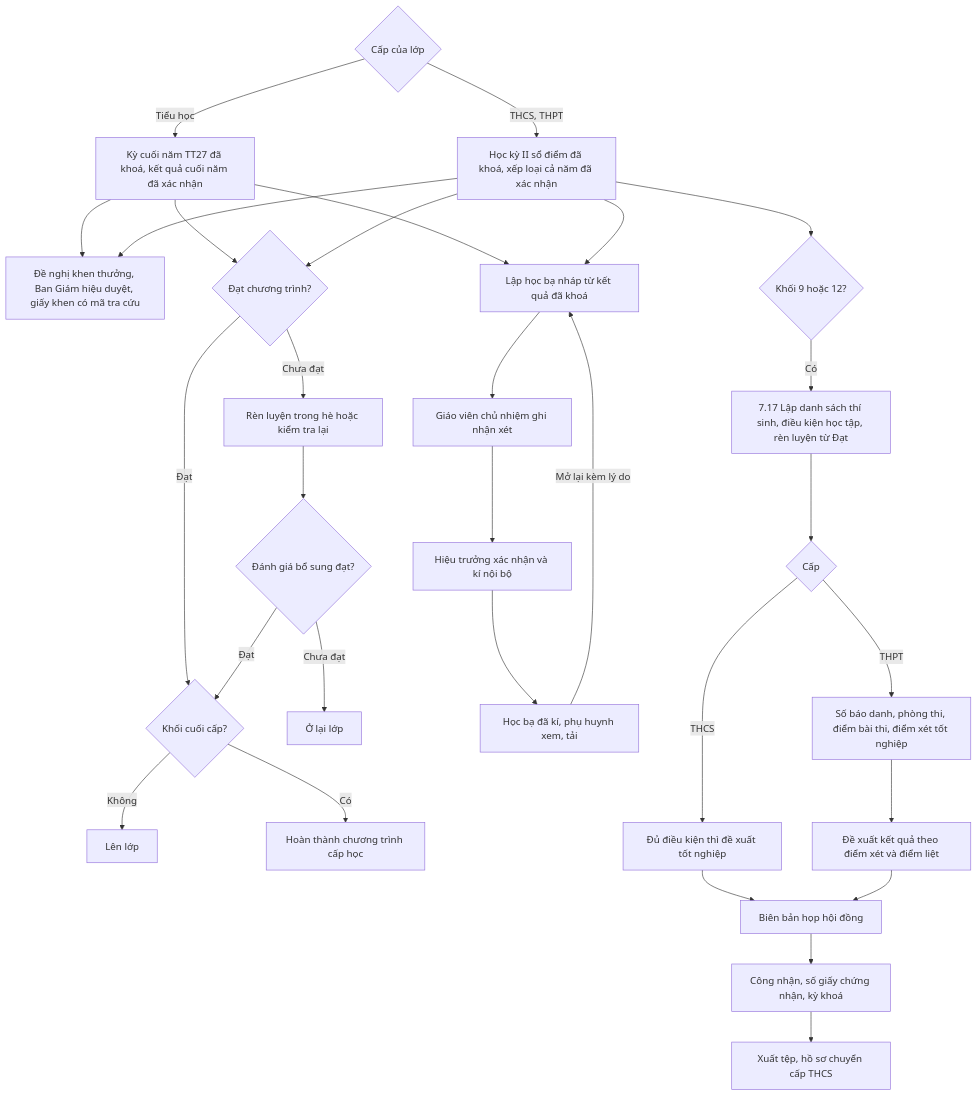
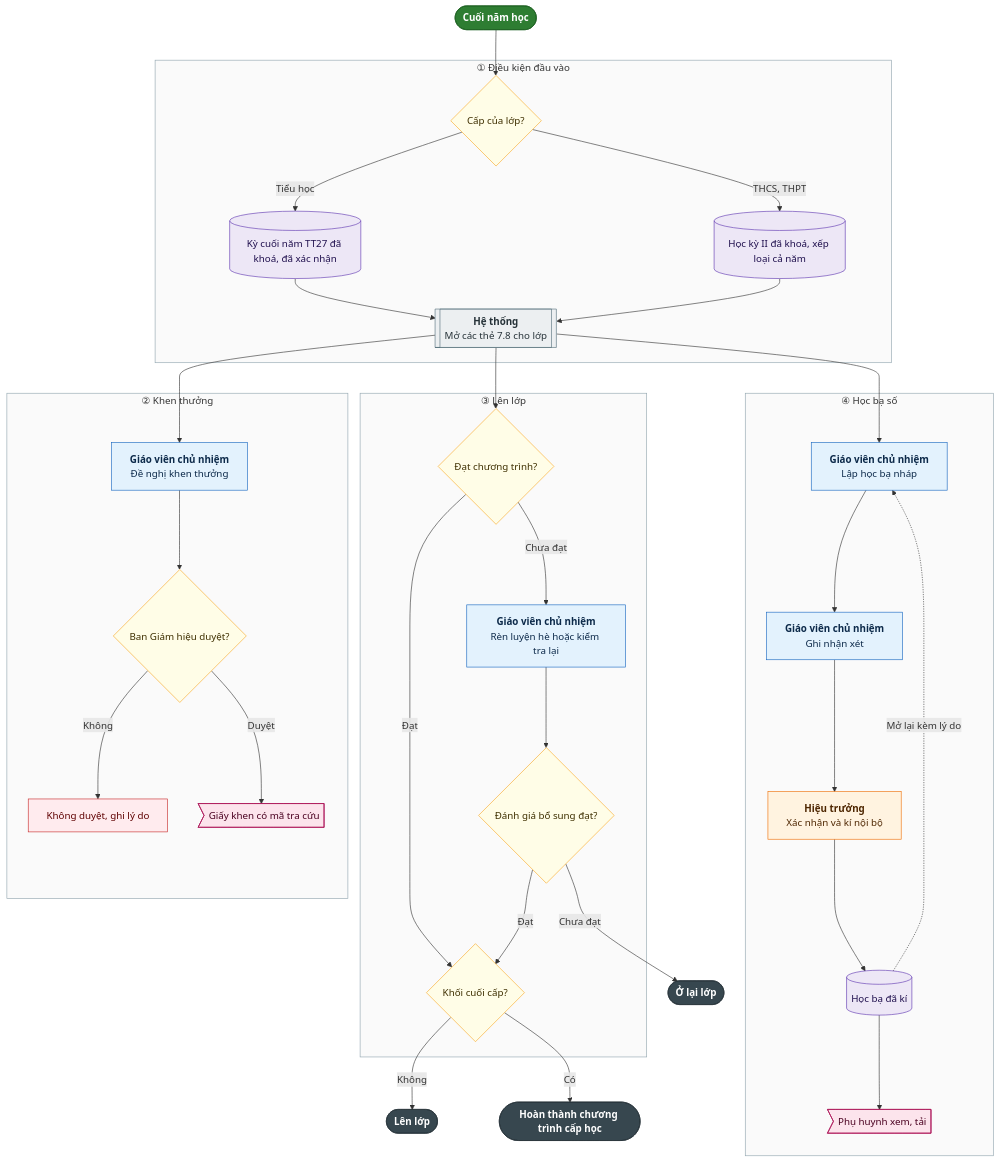
Before and after one commit to luckyshopvn/school_management: the tenth of 17 diagrams in tai_lieu/34_TONG_HOP_CHUC_NANG_HE_THONG/03_DAY_HOC_VA_KIEM_TRA_DANH_GIA.md, drawn with Mermaid. The commit also changed other lines of this file and 8 other files, not shown here.

First line of the commit message:
Tài liệu 34: vẽ lại toàn bộ sơ đồ cho trực quan, thêm bản PDF gộp

````diff
--- a/tai_lieu/34_TONG_HOP_CHUC_NANG_HE_THONG/03_DAY_HOC_VA_KIEM_TRA_DANH_GIA.md
+++ b/tai_lieu/34_TONG_HOP_CHUC_NANG_HE_THONG/03_DAY_HOC_VA_KIEM_TRA_DANH_GIA.md
@@ -504,32 +752,72 @@
 ```mermaid
 flowchart TD
-    A{"Cấp của lớp"} -->|"Tiểu học"| B["Kỳ cuối năm TT27 đã khoá, kết quả cuối năm đã xác nhận"]
-    A -->|"THCS, THPT"| C["Học kỳ II sổ điểm đã khoá, xếp loại cả năm đã xác nhận"]
-    B --> D["Đề nghị khen thưởng, Ban Giám hiệu duyệt, giấy khen có mã tra cứu"]
-    C --> D
-    B --> E{"Đạt chương trình?"}
-    C --> E
-    E -->|"Đạt"| F{"Khối cuối cấp?"}
-    F -->|"Không"| G["Lên lớp"]
-    F -->|"Có"| H["Hoàn thành chương trình cấp học"]
-    E -->|"Chưa đạt"| I["Rèn luyện trong hè hoặc kiểm tra lại"]
-    I --> J{"Đánh giá bổ sung đạt?"}
-    J -->|"Đạt"| F
-    J -->|"Chưa đạt"| K["Ở lại lớp"]
-    B --> L["Lập học bạ nháp từ kết quả đã khoá"]
-    C --> L
-    L --> M["Giáo viên chủ nhiệm ghi nhận xét"]
-    M --> N["Hiệu trưởng xác nhận và kí nội bộ"]
-    N --> O["Học bạ đã kí, phụ huynh xem, tải"]
-    O -->|"Mở lại kèm lý do"| L
-    C --> P{"Khối 9 hoặc 12?"}
-    P -->|"Có"| Q["7.17 Lập danh sách thí sinh, điều kiện học tập, rèn luyện từ Đạt"]
-    Q --> R{"Cấp"}
-    R -->|"THCS"| S["Đủ điều kiện thì đề xuất tốt nghiệp"]
-    R -->|"THPT"| T["Số báo danh, phòng thi, điểm bài thi, điểm xét tốt nghiệp"]
-    T --> U["Đề xuất kết quả theo điểm xét và điểm liệt"]
-    S --> V["Biên bản họp hội đồng"]
-    U --> V
-    V --> W["Công nhận, số giấy chứng nhận, kỳ khoá"]
-    W --> X["Xuất tệp, hồ sơ chuyển cấp THCS"]
+  classDef batdau fill:#2e7d32,stroke:#1b5e20,color:#ffffff,font-weight:bold
+  classDef ketthuc fill:#37474f,stroke:#263238,color:#ffffff,font-weight:bold
+  classDef nguoi fill:#e3f2fd,stroke:#1565c0,color:#0d2a4a
+  classDef heth fill:#eceff1,stroke:#546e7a,color:#263238
+  classDef duyet fill:#fff3e0,stroke:#ef6c00,color:#4e2600
+  classDef hoi fill:#fffde7,stroke:#f9a825,color:#3e2f00
+  classDef bao fill:#fce4ec,stroke:#ad1457,color:#4a0020
+  classDef chan fill:#ffebee,stroke:#c62828,color:#5f0000
+  classDef dulieu fill:#ede7f6,stroke:#5e35b1,color:#1f0f4d
+
+  S(["Cuối năm học"]):::batdau
+
+  subgraph P1["① Điều kiện đầu vào"]
+    A0{"Cấp của lớp?"}:::hoi
+    A1[("Kỳ cuối năm TT27 đã khoá, đã xác nhận")]:::dulieu
+    A2[("Học kỳ II đã khoá, xếp loại cả năm")]:::dulieu
+    A0 -->|"Tiểu học"| A1
+    A3[["<b>Hệ thống</b><br/>Mở các thẻ 7.8 cho lớp"]]:::heth
+    A0 -->|"THCS, THPT"| A2
+    A1 --> A3
+    A2 --> A3
+  end
+
+  subgraph P2["② Khen thưởng"]
+    B1["<b>Giáo viên chủ nhiệm</b><br/>Đề nghị khen thưởng"]:::nguoi
+    B2{"Ban Giám hiệu duyệt?"}:::hoi
+    B3["Không duyệt, ghi lý do"]:::chan
+    B4>"Giấy khen có mã tra cứu"]:::bao
+    B1 --> B2
+    B2 -->|"Không"| B3
+    B2 -->|"Duyệt"| B4
+  end
+
+  subgraph P3["③ Lên lớp"]
+    C1{"Đạt chương trình?"}:::hoi
+    C2["<b>Giáo viên chủ nhiệm</b><br/>Rèn luyện hè hoặc kiểm tra lại"]:::nguoi
+    C3{"Đánh giá bổ sung đạt?"}:::hoi
+    C4{"Khối cuối cấp?"}:::hoi
+    C1 -->|"Đạt"| C4
+    C1 -->|"Chưa đạt"| C2 --> C3
+    C3 -->|"Đạt"| C4
+  end
+
+  subgraph P4["④ Học bạ số"]
+    D1["<b>Giáo viên chủ nhiệm</b><br/>Lập học bạ nháp"]:::nguoi
+    D2["<b>Giáo viên chủ nhiệm</b><br/>Ghi nhận xét"]:::nguoi
+    D3["<b>Hiệu trưởng</b><br/>Xác nhận và kí nội bộ"]:::duyet
+    D4[("Học bạ đã kí")]:::dulieu
+    D5>"Phụ huynh xem, tải"]:::bao
+    D1 --> D2 --> D3 --> D4 --> D5
+    D4 -.->|"Mở lại kèm lý do"| D1
+  end
+
+  K1(["Lên lớp"]):::ketthuc
+  K2(["Hoàn thành chương trình cấp học"]):::ketthuc
+  K3(["Ở lại lớp"]):::ketthuc
+
+  S --> A0
+  A3 --> B1
+  A3 --> C1
+  A3 --> D1
+  C4 -->|"Không"| K1
+  C4 -->|"Có"| K2
+  C3 -->|"Chưa đạt"| K3
+
+  style P1 fill:#fafafa,stroke:#90a4ae
+  style P2 fill:#fafafa,stroke:#90a4ae
+  style P3 fill:#fafafa,stroke:#90a4ae
+  style P4 fill:#fafafa,stroke:#90a4ae
 ```
````
